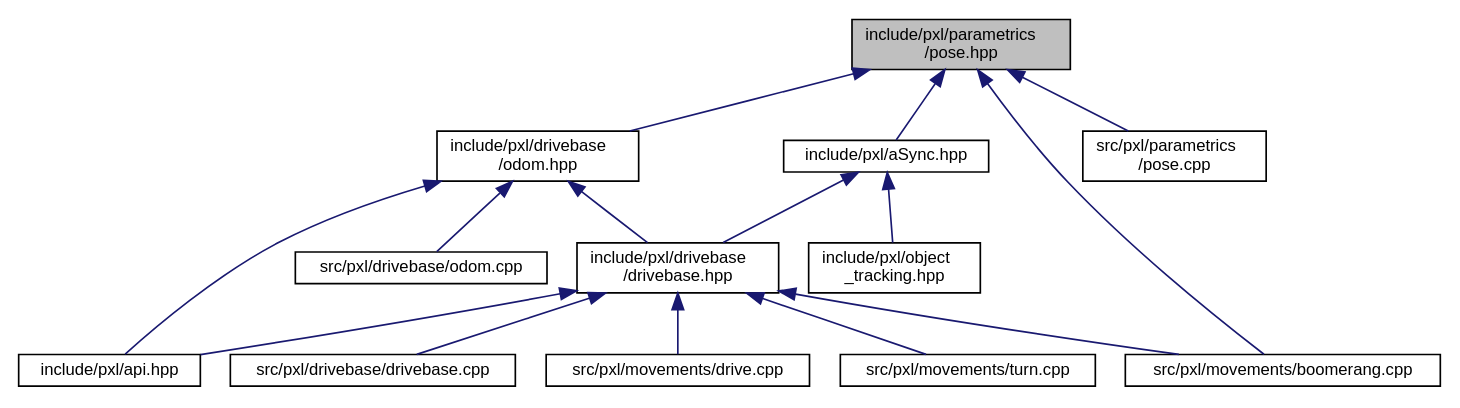
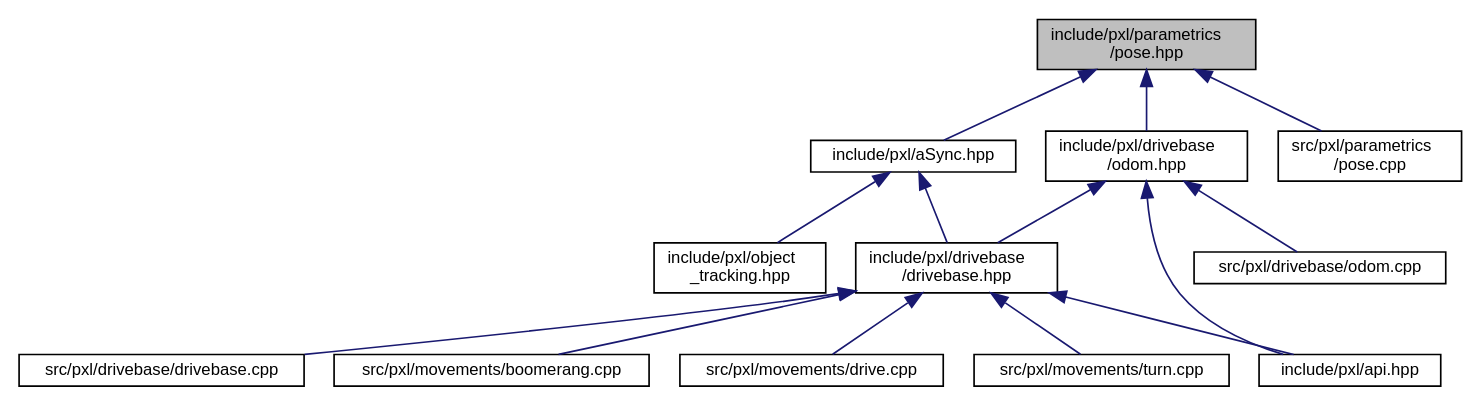
Before and after one commit to Pixel-Lib/Pixel: the diagram in pose_8hpp__dep__incl.dot, drawn with Graphviz. The commit also changed 126 other files, not shown here.

```diff
--- a/pose_8hpp__dep__incl.dot
+++ b/pose_8hpp__dep__incl.dot
@@ -1,32 +1,31 @@
 digraph "include/pxl/parametrics/pose.hpp"
 {
  // LATEX_PDF_SIZE
   edge [fontname="Helvetica",fontsize="10",labelfontname="Helvetica",labelfontsize="10"];
   node [fontname="Helvetica",fontsize="10",shape=record];
   Node1 [label="include/pxl/parametrics\l/pose.hpp",height=0.2,width=0.4,color="black", fillcolor="grey75", style="filled", fontcolor="black",tooltip=" "];
   Node1 -> Node2 [dir="back",color="midnightblue",fontsize="10",style="solid",fontname="Helvetica"];
   Node2 [label="include/pxl/aSync.hpp",height=0.2,width=0.4,color="black", fillcolor="white", style="filled",URL="$aSync_8hpp.html",tooltip=" "];
   Node2 -> Node3 [dir="back",color="midnightblue",fontsize="10",style="solid",fontname="Helvetica"];
   Node3 [label="include/pxl/drivebase\l/drivebase.hpp",height=0.2,width=0.4,color="black", fillcolor="white", style="filled",URL="$drivebase_8hpp.html",tooltip=" "];
   Node3 -> Node4 [dir="back",color="midnightblue",fontsize="10",style="solid",fontname="Helvetica"];
   Node4 [label="include/pxl/api.hpp",height=0.2,width=0.4,color="black", fillcolor="white", style="filled",URL="$api_8hpp.html",tooltip=" "];
   Node3 -> Node5 [dir="back",color="midnightblue",fontsize="10",style="solid",fontname="Helvetica"];
   Node5 [label="src/pxl/drivebase/drivebase.cpp",height=0.2,width=0.4,color="black", fillcolor="white", style="filled",URL="$drivebase_8cpp.html",tooltip=" "];
   Node3 -> Node6 [dir="back",color="midnightblue",fontsize="10",style="solid",fontname="Helvetica"];
   Node6 [label="src/pxl/movements/boomerang.cpp",height=0.2,width=0.4,color="black", fillcolor="white", style="filled",URL="$boomerang_8cpp.html",tooltip=" "];
   Node3 -> Node7 [dir="back",color="midnightblue",fontsize="10",style="solid",fontname="Helvetica"];
   Node7 [label="src/pxl/movements/drive.cpp",height=0.2,width=0.4,color="black", fillcolor="white", style="filled",URL="$drive_8cpp.html",tooltip=" "];
   Node3 -> Node8 [dir="back",color="midnightblue",fontsize="10",style="solid",fontname="Helvetica"];
   Node8 [label="src/pxl/movements/turn.cpp",height=0.2,width=0.4,color="black", fillcolor="white", style="filled",URL="$turn_8cpp.html",tooltip=" "];
   Node2 -> Node9 [dir="back",color="midnightblue",fontsize="10",style="solid",fontname="Helvetica"];
   Node9 [label="include/pxl/object\l_tracking.hpp",height=0.2,width=0.4,color="black", fillcolor="white", style="filled",URL="$object__tracking_8hpp.html",tooltip=" "];
   Node1 -> Node10 [dir="back",color="midnightblue",fontsize="10",style="solid",fontname="Helvetica"];
   Node10 [label="include/pxl/drivebase\l/odom.hpp",height=0.2,width=0.4,color="black", fillcolor="white", style="filled",URL="$odom_8hpp.html",tooltip=" "];
   Node10 -> Node4 [dir="back",color="midnightblue",fontsize="10",style="solid",fontname="Helvetica"];
   Node10 -> Node3 [dir="back",color="midnightblue",fontsize="10",style="solid",fontname="Helvetica"];
   Node10 -> Node11 [dir="back",color="midnightblue",fontsize="10",style="solid",fontname="Helvetica"];
   Node11 [label="src/pxl/drivebase/odom.cpp",height=0.2,width=0.4,color="black", fillcolor="white", style="filled",URL="$odom_8cpp.html",tooltip=" "];
-  Node1 -> Node6 [dir="back",color="midnightblue",fontsize="10",style="solid",fontname="Helvetica"];
   Node1 -> Node12 [dir="back",color="midnightblue",fontsize="10",style="solid",fontname="Helvetica"];
   Node12 [label="src/pxl/parametrics\l/pose.cpp",height=0.2,width=0.4,color="black", fillcolor="white", style="filled",URL="$pose_8cpp.html",tooltip=" "];
 }
```
